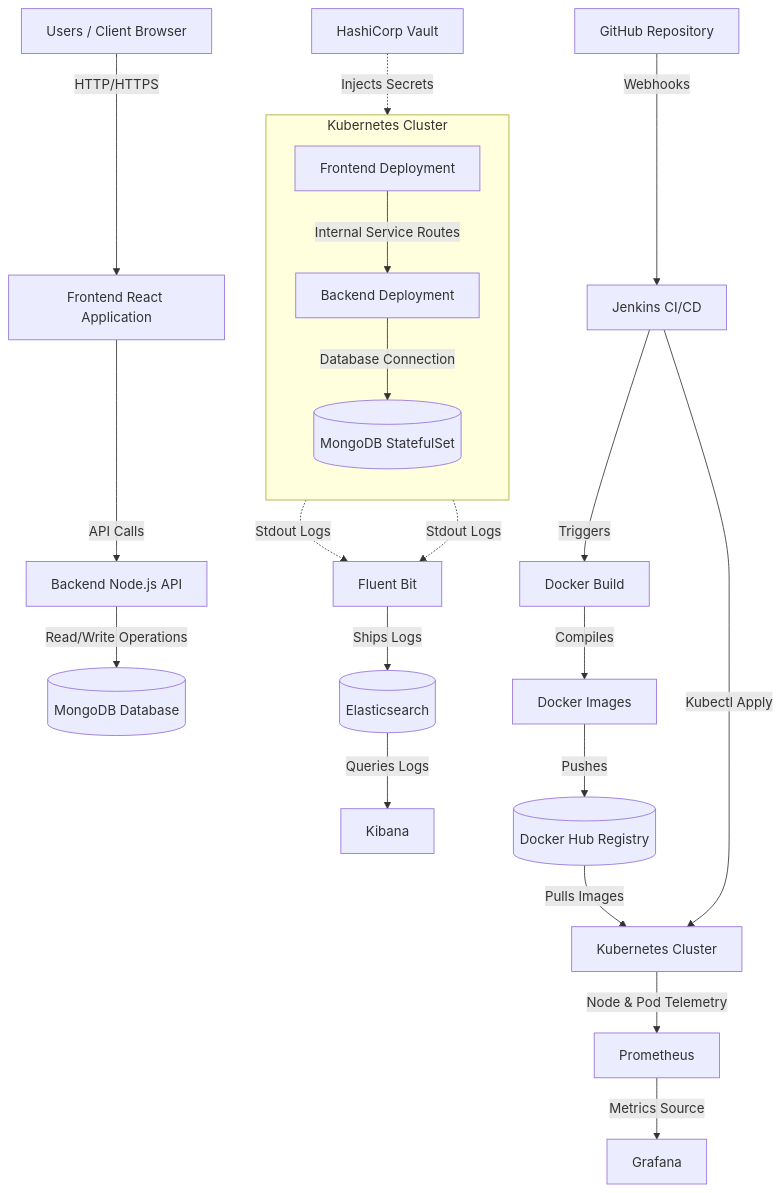
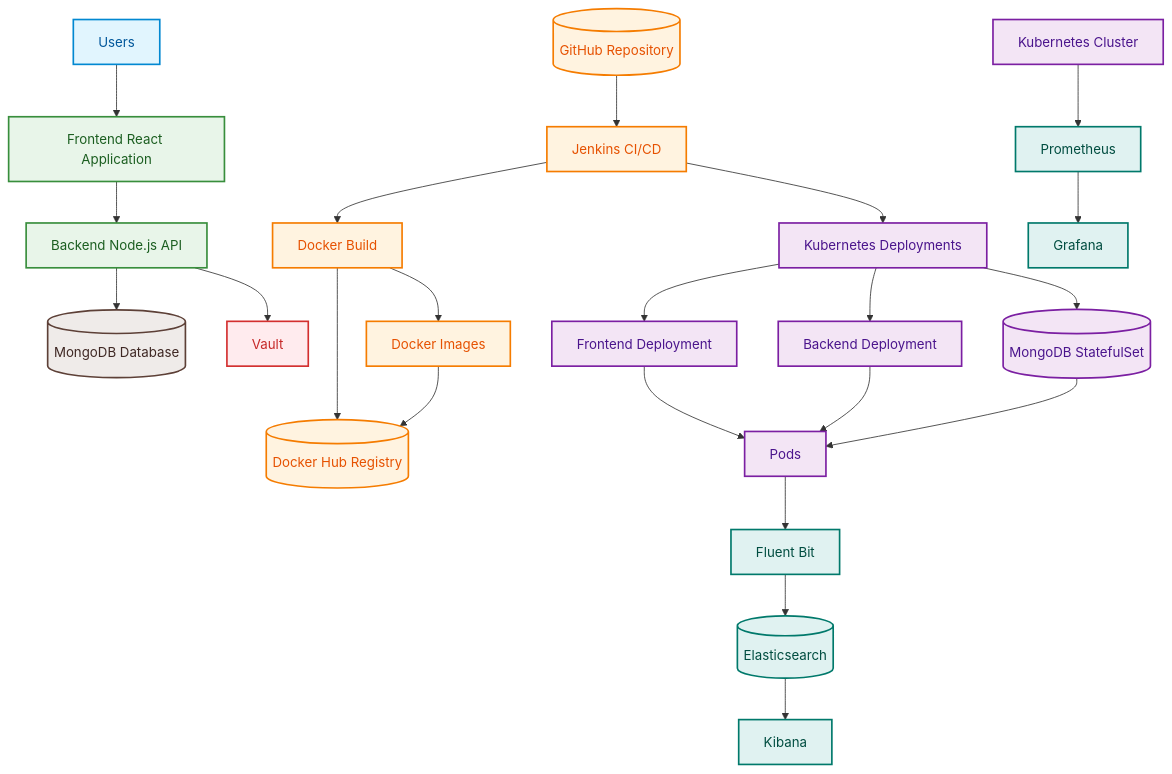
The diagram in docs/architecture-diagram.md (arohick11/retailops), drawn with Mermaid before and after one commit. The commit also changed other lines of this file, not shown here.

Commit message:
docs: align architecture-diagram.md with exact requested components and relationships

````diff
--- a/docs/architecture-diagram.md
+++ b/docs/architecture-diagram.md
@@ -8,40 +7,78 @@
 ```mermaid
 graph TD
-    %% Users and Access
-    Users[Users / Client Browser] -->|HTTP/HTTPS| FE[Frontend React Application]
-    FE -->|API Calls| BE[Backend Node.js API]
-    BE -->|Read/Write Operations| Mongo[(MongoDB Database)]
+    %% Node Definitions with Exact Component Names
+    Users[Users]
+    Frontend[Frontend React Application]
+    Backend[Backend Node.js API]
+    MongoDB[(MongoDB Database)]
+    
+    GitHub[(GitHub Repository)]
+    Jenkins[Jenkins CI/CD]
+    DockerBuild[Docker Build]
+    DockerImages[Docker Images]
+    DockerHub[(Docker Hub Registry)]
+    
+    Kubernetes[Kubernetes Cluster]
+    KubernetesDeployments[Kubernetes Deployments]
+    FrontendDeployment[Frontend Deployment]
+    BackendDeployment[Backend Deployment]
+    MongoDBStatefulSet[(MongoDB StatefulSet)]
+    Pods[Pods]
+    
+    Vault[Vault]
+    
+    Prometheus[Prometheus]
+    Grafana[Grafana]
+    
+    FluentBit[Fluent Bit]
+    Elasticsearch[(Elasticsearch)]
+    Kibana[Kibana]
 
-    %% Version Control & CI/CD
-    GitHub[GitHub Repository] -->|Webhooks| Jenkins[Jenkins CI/CD]
-    Jenkins -->|Triggers| DB[Docker Build]
-    DB -->|Compiles| DI[Docker Images]
-    DI -->|Pushes| DH[(Docker Hub Registry)]
-    Jenkins -->|Kubectl Apply| K8s[Kubernetes Cluster]
-    DH -->|Pulls Images| K8s
+    %% Relationships as requested by User
+    Users --> Frontend
+    Frontend --> Backend
+    Backend --> MongoDB
 
-    %% Kubernetes Cluster Internals
-    subgraph Cluster [Kubernetes Cluster]
-        direction TB
-        FED[Frontend Deployment]
-        BED[Backend Deployment]
-        MGS[(MongoDB StatefulSet)]
-        
-        %% Core Pods Relationships
-        FED -->|Internal Service Routes| BED
-        BED -->|Database Connection| MGS
-    end
+    GitHub --> Jenkins
+    Jenkins --> DockerBuild
+    DockerBuild --> DockerHub
+    Jenkins --> KubernetesDeployments
 
-    %% Security Plane
-    Vault[HashiCorp Vault] -.->|Injects Secrets| BED
+    Kubernetes --> Prometheus
+    Prometheus --> Grafana
 
-    %% Observability - Metrics Stack
-    K8s -->|Node & Pod Telemetry| Prom[Prometheus]
-    Prom -->|Metrics Source| Graf[Grafana]
+    Pods --> FluentBit
+    FluentBit --> Elasticsearch
+    Elasticsearch --> Kibana
 
-    %% Observability - Logging Stack
-    FED -.->|Stdout Logs| FB[Fluent Bit]
-    BED -.->|Stdout Logs| FB
-    FB -->|Ships Logs| ES[(Elasticsearch)]
-    ES -->|Queries Logs| Kib[Kibana]
+    Backend --> Vault
+
+    %% Additional logical connections mapping standard system topology
+    DockerBuild --> DockerImages
+    DockerImages --> DockerHub
+    
+    KubernetesDeployments --> FrontendDeployment
+    KubernetesDeployments --> BackendDeployment
+    KubernetesDeployments --> MongoDBStatefulSet
+    
+    FrontendDeployment --> Pods
+    BackendDeployment --> Pods
+    MongoDBStatefulSet --> Pods
+    
+    %% Styling
+    classDef client fill:#e1f5fe,stroke:#0288d1,stroke-width:2px,color:#01579b;
+    classDef app fill:#e8f5e9,stroke:#388e3c,stroke-width:2px,color:#1b5e20;
+    classDef db fill:#efebe9,stroke:#5d4037,stroke-width:2px,color:#3e2723;
+    classDef cicd fill:#fff3e0,stroke:#f57c00,stroke-width:2px,color:#e65100;
+    classDef k8s fill:#f3e5f5,stroke:#7b1fa2,stroke-width:2px,color:#4a148c;
+    classDef security fill:#ffebee,stroke:#d32f2f,stroke-width:2px,color:#c62828;
+    classDef monitor fill:#e0f2f1,stroke:#00796b,stroke-width:2px,color:#004d40;
+
+    class Users client;
+    class Frontend,Backend app;
+    class MongoDB db;
+    class GitHub,Jenkins,DockerBuild,DockerImages,DockerHub cicd;
+    class Kubernetes,KubernetesDeployments,FrontendDeployment,BackendDeployment,MongoDBStatefulSet,Pods k8s;
+    class Vault security;
+    class Prometheus,Grafana,FluentBit,Elasticsearch,Kibana monitor;
 ```
````
